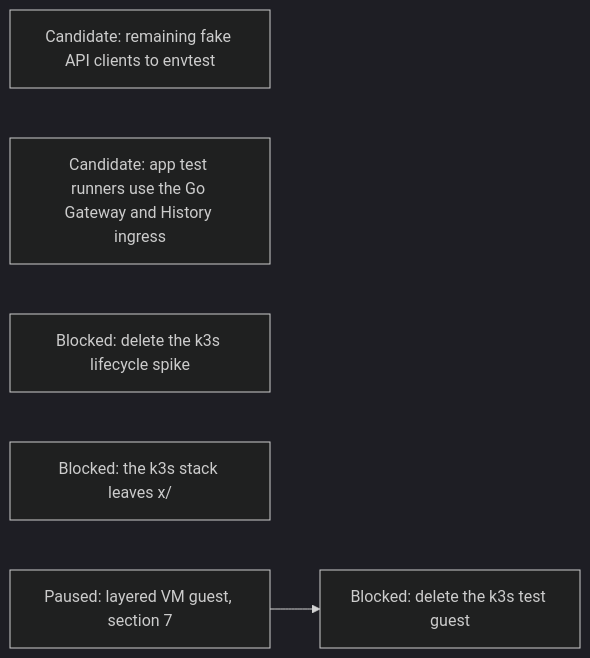
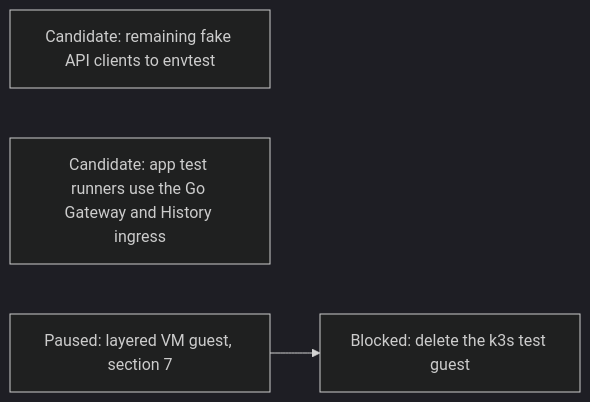
One commit to agentydragon-agent/ducktape changed diagram 19 of 19 in agentplane/plans/task_dag.md. Above: the diagram before and after it, drawn with Mermaid (dark theme). The commit also changed other lines of this file and 81 other files, not shown here.

First line of the commit message:
agentplane: k3s system test stack leaves x/, spike leftovers dropped (#11871)

````diff
--- a/agentplane/plans/task_dag.md
+++ b/agentplane/plans/task_dag.md
@@ -1881,8 +1878,6 @@
 ```mermaid
 flowchart LR
     FAKE_CLIENTS_TO_ENVTEST[Candidate: remaining fake API clients to envtest]
     APP_TEST_RUNNER_FIXTURES_GO[Candidate: app test runners use the Go Gateway and History ingress]
-    K3S_SPIKE_TARGETS_RETIRE[Blocked: delete the k3s lifecycle spike]
-    K3S_ENV_OUT_OF_X[Blocked: the k3s stack leaves x/]
     RUNNER_LAYERING_VM[Paused: layered VM guest, section 7] --> K3S_TEST_GUEST_RETIRE[Blocked: delete the k3s test guest]
 ```
````
